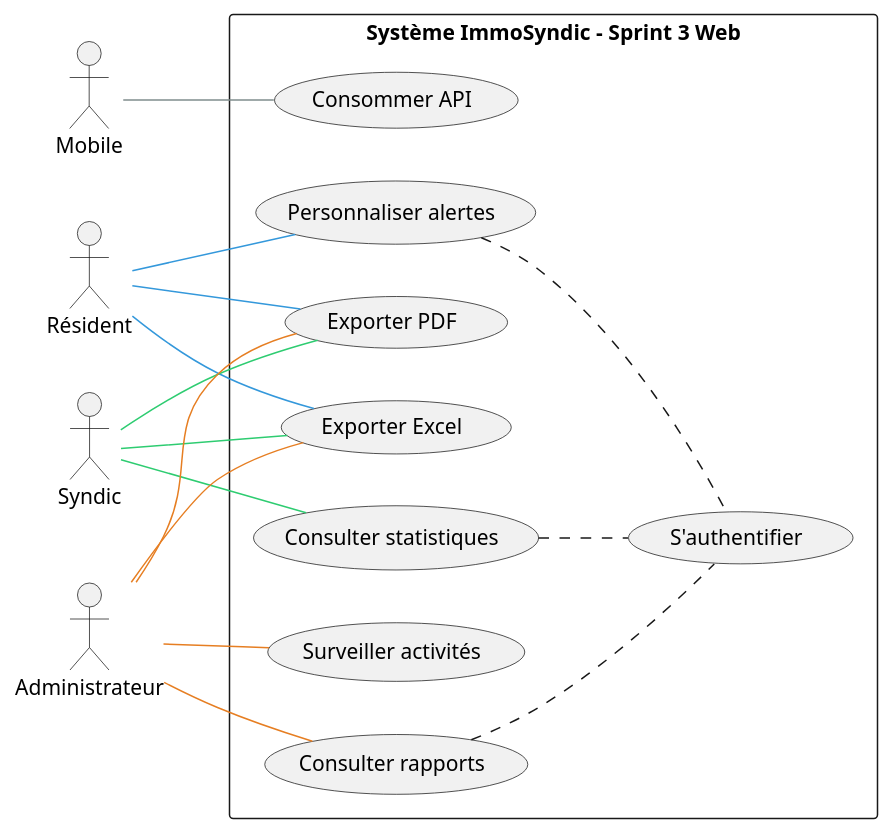
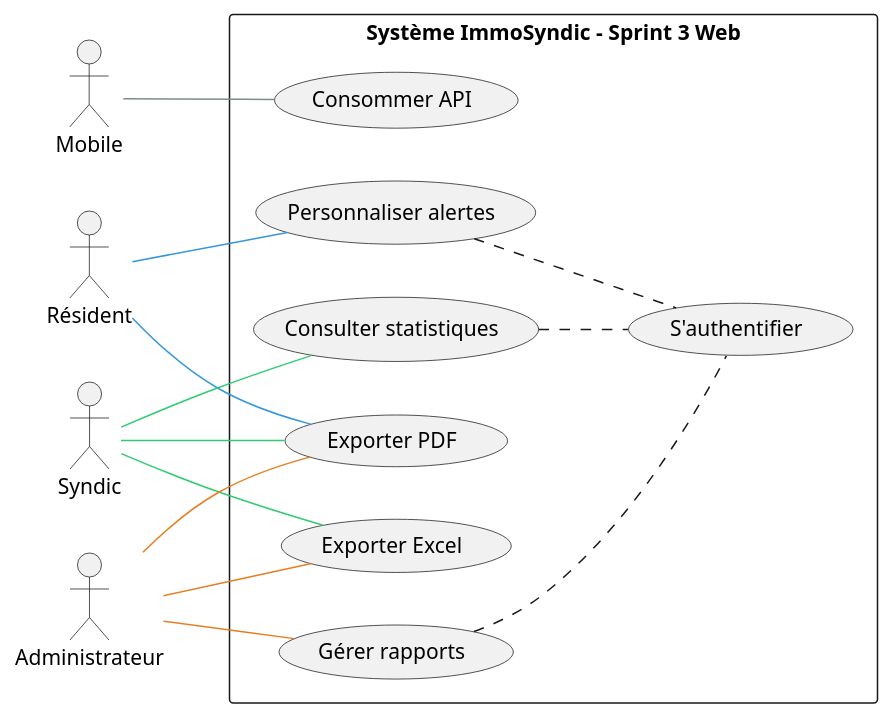
Before and after one commit to fadna-lakhouchen/Projet-finale: the diagram in analyse/ideation/cas_utilisation/use_case_sprint3.puml, drawn with PlantUML.

Commit message:
update use case

```diff
--- a/analyse/ideation/cas_utilisation/use_case_sprint3.puml
+++ b/analyse/ideation/cas_utilisation/use_case_sprint3.puml
@@ -1,58 +1,55 @@
 @startuml ImmoSyndic_Sprint3_Final
 left to right direction
 skinparam packageStyle rectangle
 skinparam shadowing false
 
 actor "Mobile" as Mobile
 actor "Résident" as Resident
 actor "Syndic" as Syndic
 actor "Administrateur" as Admin
 
 rectangle "Système ImmoSyndic - Sprint 3 Web" {
 
   ' Auth
   usecase "S'authentifier" as Auth
 
   ' API
   usecase "Consommer API" as ProvideAPI
 
   ' Résident
   usecase "Personnaliser alertes" as SetAlerts
 
   ' Syndic
   usecase "Consulter statistiques" as ViewStats
 
   ' Admin
-  usecase "Consulter rapports" as ViewLogs
-  usecase "Surveiller activités" as MonitorActivity
+  usecase "Gérer rapports" as ViewLogs
 
   ' Shared use cases
   usecase "Exporter Excel" as ExportExcel
   usecase "Exporter PDF" as ExportPDF
 
   ' includes (خفيفين)
   SetAlerts .. Auth
   ViewStats .. Auth
   ViewLogs .. Auth
 }
 
 ' 🔵 Résident (BLUE)
 Resident -[#3498DB]- SetAlerts
-Resident -[#3498DB]- ExportExcel
 Resident -[#3498DB]- ExportPDF
 
 ' 🟢 Syndic (GREEN)
 Syndic -[#2ECC71]- ViewStats
 Syndic -[#2ECC71]- ExportExcel
 Syndic -[#2ECC71]- ExportPDF
 
 ' 🟠 Admin (ORANGE)
 Admin -[#E67E22]- ViewLogs
-Admin -[#E67E22]- MonitorActivity
 Admin -[#E67E22]- ExportExcel
 Admin -[#E67E22]- ExportPDF
 
 ' ⚫ Mobile (GRAY)
 Mobile -[#7F8C8D]- ProvideAPI
 
 @enduml
```
